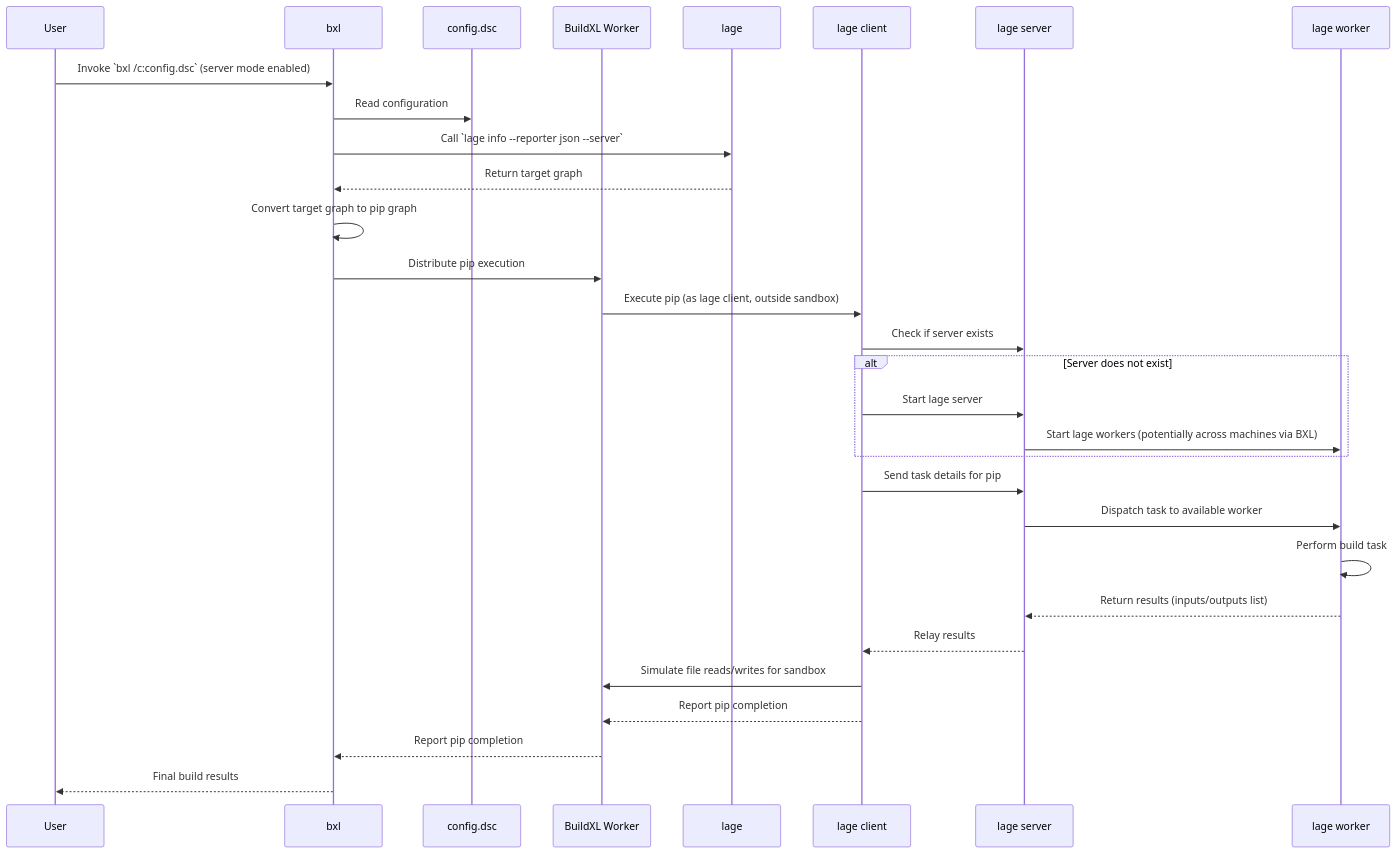
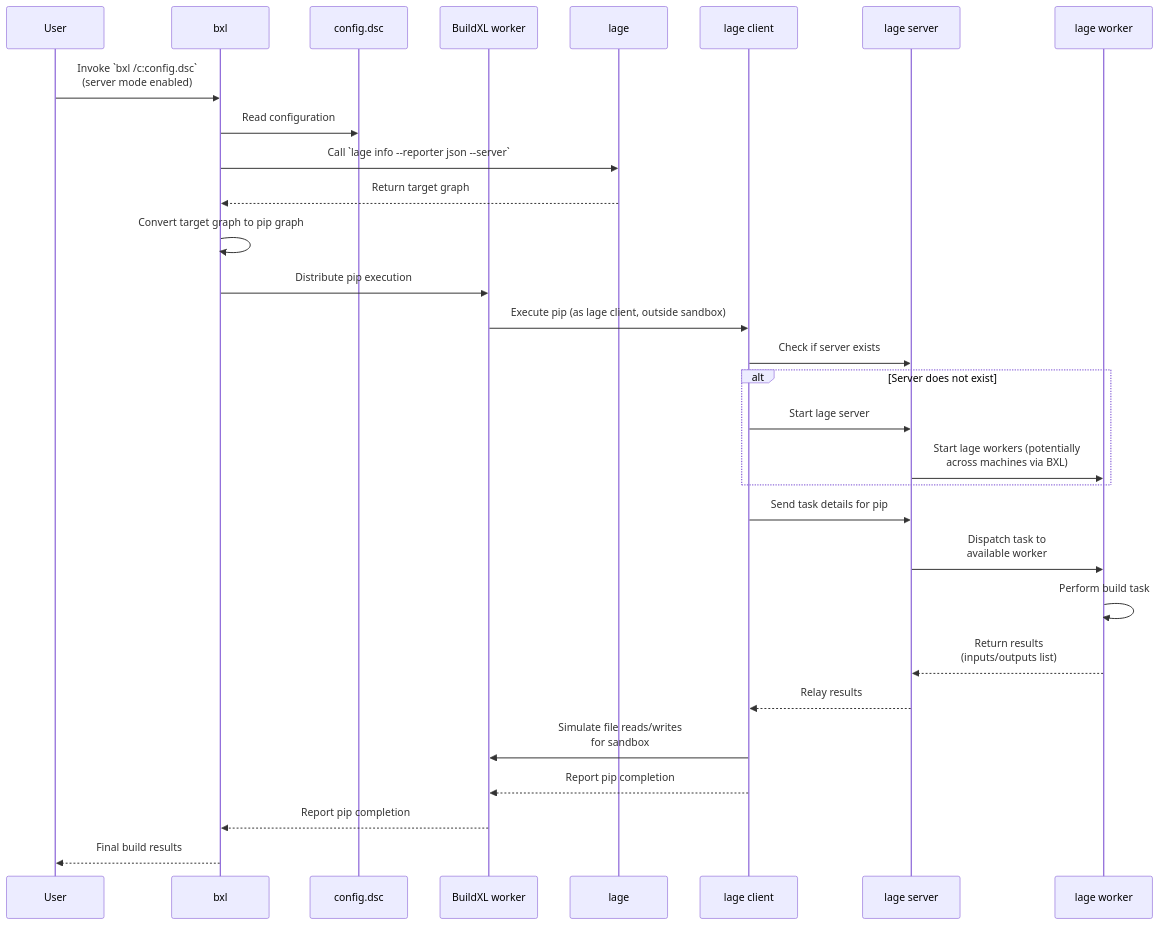
One commit to microsoft/lage changed the second of 2 diagrams in docs/docs/guides/buildxl.md. Above: the diagram before and after it, drawn with Mermaid. The commit also changed other lines of this file and 21 other files, not shown here.

````diff
--- a/docs/docs/guides/buildxl.md
+++ b/docs/docs/guides/buildxl.md
@@ -74,35 +87,37 @@
 ```mermaid
 sequenceDiagram
+  accTitle: BuildXL integration using Lage server-worker mode
+  accDescr: BuildXL gets the target graph from Lage and distributes pip execution to a BuildXL worker. A Lage client starts the server and workers when needed, sends each task to the server, and relays file inputs, outputs, and completion results between the Lage worker and BuildXL.
     participant User
     participant bxl
     participant config.dsc
-    participant BuildXL Worker
+    participant BuildXL worker
     participant lage
     participant lage client
     participant lage server
     participant lage worker
 
-    User->>bxl: Invoke `bxl /c:config.dsc` (server mode enabled)
+    User->>bxl: Invoke `bxl /c:config.dsc`<br/>(server mode enabled)
     bxl->>config.dsc: Read configuration
     bxl->>lage: Call `lage info --reporter json --server`
     lage-->>bxl: Return target graph
     bxl->>bxl: Convert target graph to pip graph
-    bxl->>BuildXL Worker: Distribute pip execution
+    bxl->>BuildXL worker: Distribute pip execution
 
-    BuildXL Worker->>lage client: Execute pip (as lage client, outside sandbox)
+    BuildXL worker->>lage client: Execute pip (as lage client, outside sandbox)
     lage client->>lage server: Check if server exists
     alt Server does not exist
         lage client->>lage server: Start lage server
-        lage server->>lage worker: Start lage workers (potentially across machines via BXL)
+        lage server->>lage worker: Start lage workers (potentially <br/>across machines via BXL)
     end
     lage client->>lage server: Send task details for pip
-    lage server->>lage worker: Dispatch task to available worker
+    lage server->>lage worker: Dispatch task to<br/>available worker
     lage worker->>lage worker: Perform build task
-    lage worker-->>lage server: Return results (inputs/outputs list)
+    lage worker-->>lage server: Return results<br/>(inputs/outputs list)
     lage server-->>lage client: Relay results
-    lage client->>BuildXL Worker: Simulate file reads/writes for sandbox
-    lage client-->>BuildXL Worker: Report pip completion
+    lage client->>BuildXL worker: Simulate file reads/writes<br/>for sandbox
+    lage client-->>BuildXL worker: Report pip completion
 
-    BuildXL Worker-->>bxl: Report pip completion
+    BuildXL worker-->>bxl: Report pip completion
     bxl-->>User: Final build results
 ```
````
